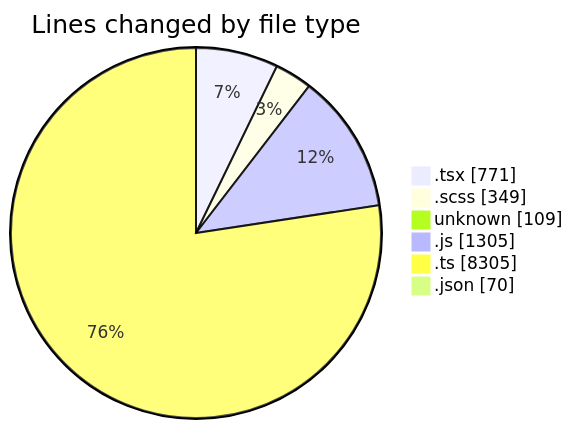
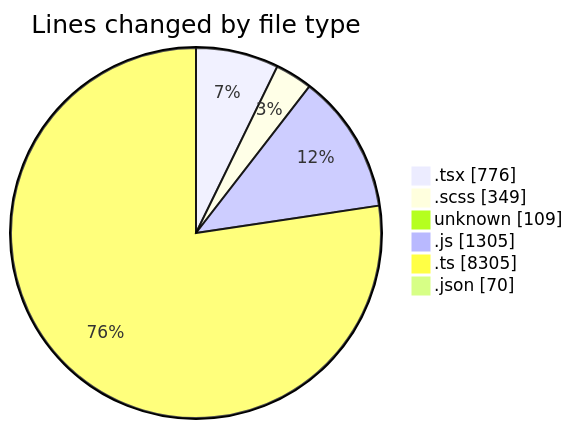
Before and after one commit to momahboobian/code-tracking: the first of 2 diagrams in 2026-04-16/cda/README.md, drawn with Mermaid. The commit also changed other lines of this file and 1 other file, not shown here.

````diff
--- a/2026-04-16/cda/README.md
+++ b/2026-04-16/cda/README.md
@@ -34,10 +34,10 @@
 ```mermaid
 pie showData
 title Lines changed by file type
-".tsx" : 771
+".tsx" : 776
 ".scss" : 349
 "unknown" : 109
 ".js" : 1305
 ".ts" : 8305
 ".json" : 70
 ```
````
